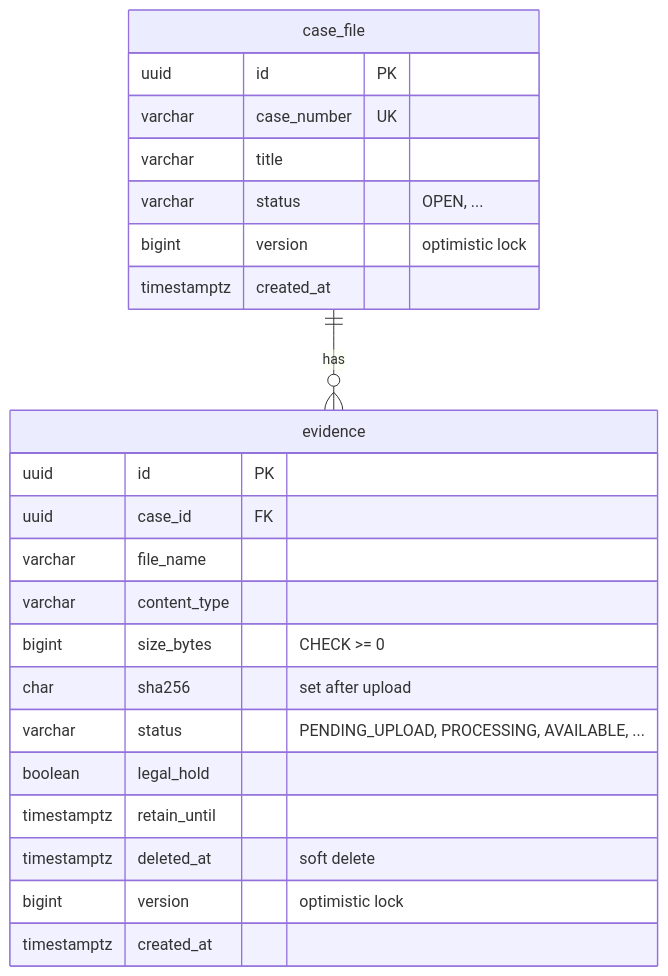
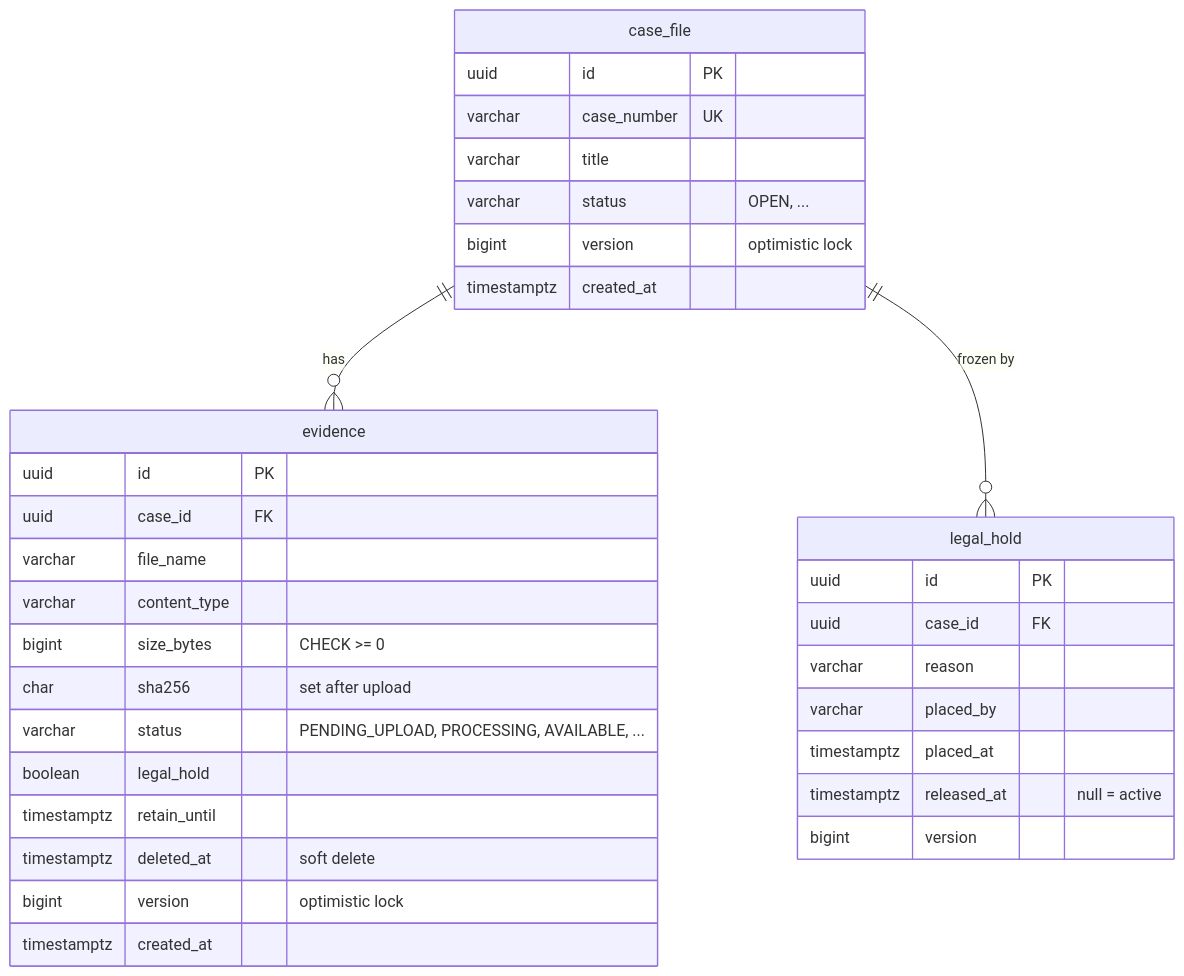
One commit to layducky/evidence_vault changed the third of 5 diagrams in docs/ARCHITECTURE.md. Above: the diagram before and after it, drawn with Mermaid. The commit also changed other lines of this file and 60 other files, not shown here.

First line of the commit message:
feat(retention): fix legal hold vs retention write skew (Phase 1)

````diff
--- a/docs/ARCHITECTURE.md
+++ b/docs/ARCHITECTURE.md
@@ -108,26 +111,36 @@
 ```mermaid
 erDiagram
     case_file ||--o{ evidence : "has"
+    case_file ||--o{ legal_hold : "frozen by"
+    legal_hold {
+        uuid id PK
+        uuid case_id FK
+        varchar reason
+        varchar placed_by
+        timestamptz placed_at
+        timestamptz released_at "null = active"
+        bigint version
+    }
     case_file {
         uuid id PK
         varchar case_number UK
         varchar title
         varchar status "OPEN, ..."
         bigint version "optimistic lock"
         timestamptz created_at
     }
     evidence {
         uuid id PK
         uuid case_id FK
         varchar file_name
         varchar content_type
         bigint size_bytes "CHECK >= 0"
         char sha256 "set after upload"
         varchar status "PENDING_UPLOAD, PROCESSING, AVAILABLE, ..."
         boolean legal_hold
         timestamptz retain_until
         timestamptz deleted_at "soft delete"
         bigint version "optimistic lock"
         timestamptz created_at
     }
 ```
````
